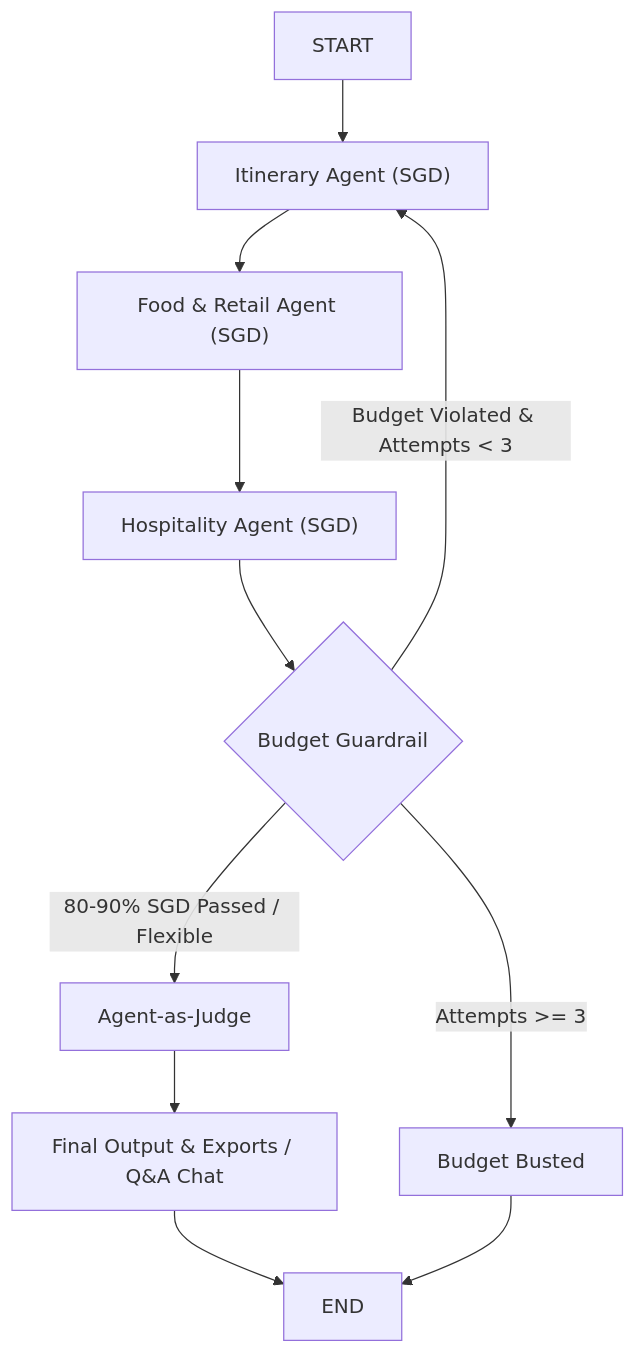
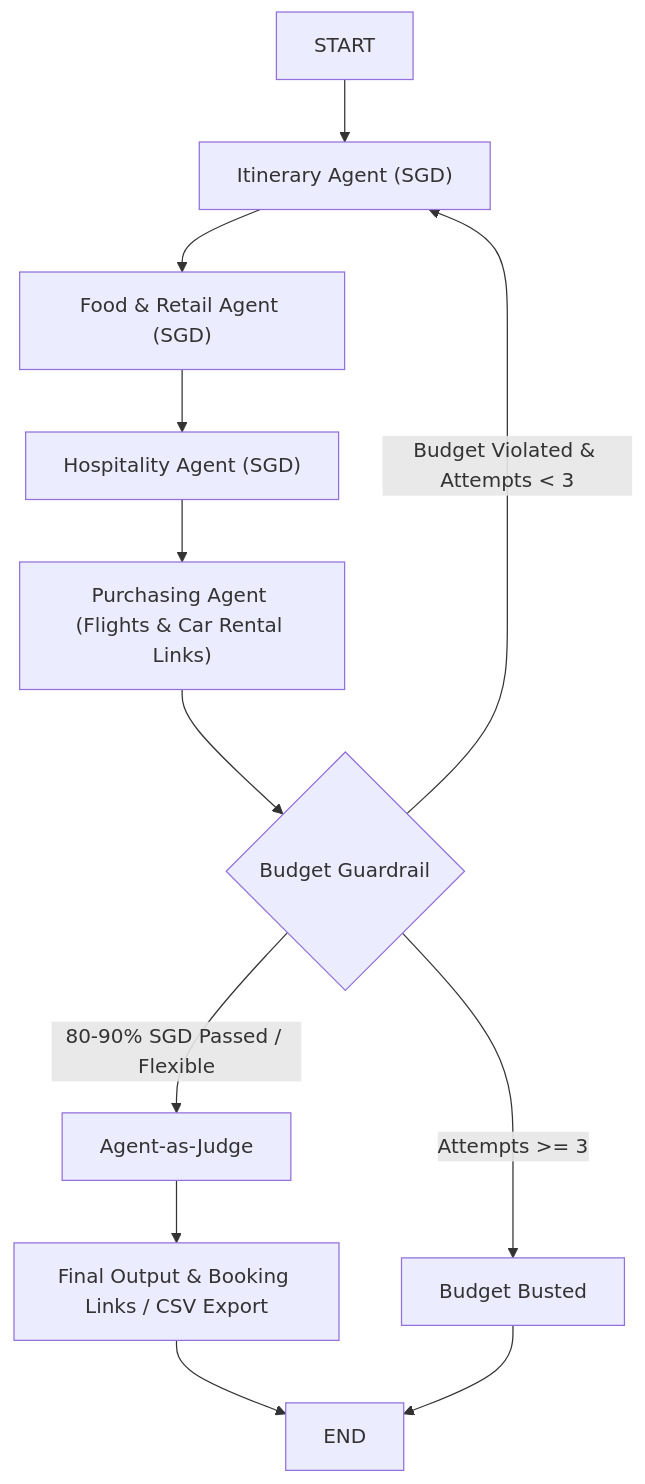
Before and after one commit to yanchangchen/aitravelbuddy: the diagram in README.md, drawn with Mermaid. The commit also changed other lines of this file and 7 other files, not shown here.

Commit message:
Add specialized Purchasing & Booking Agent, source city airfare calculation, self-drive car rental option, and direct booking links

````diff
--- a/README.md
+++ b/README.md
@@ -29,15 +30,16 @@
 ```mermaid
 graph TD
     A["START"] --> B["Itinerary Agent (SGD)"]
     B --> C["Food & Retail Agent (SGD)"]
     C --> D["Hospitality Agent (SGD)"]
-    D --> E{"Budget Guardrail"}
+    D --> E["Purchasing Agent (Flights & Car Rental Links)"]
+    E --> F{"Budget Guardrail"}
     
-    E -->|"80-90% SGD Passed / Flexible"| F["Agent-as-Judge"]
-    E -->|"Budget Violated & Attempts < 3"| B
-    E -->|"Attempts >= 3"| G["Budget Busted"]
+    F -->|"80-90% SGD Passed / Flexible"| G["Agent-as-Judge"]
+    F -->|"Budget Violated & Attempts < 3"| B
+    F -->|"Attempts >= 3"| H["Budget Busted"]
     
-    F --> H["Final Output & Exports / Q&A Chat"]
-    H --> I["END"]
-    G --> I
+    G --> I["Final Output & Booking Links / CSV Export"]
+    I --> J["END"]
+    H --> J
 ```
````
